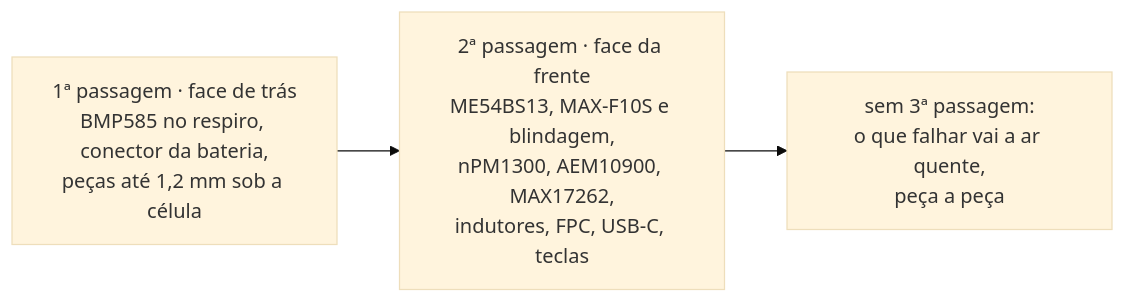
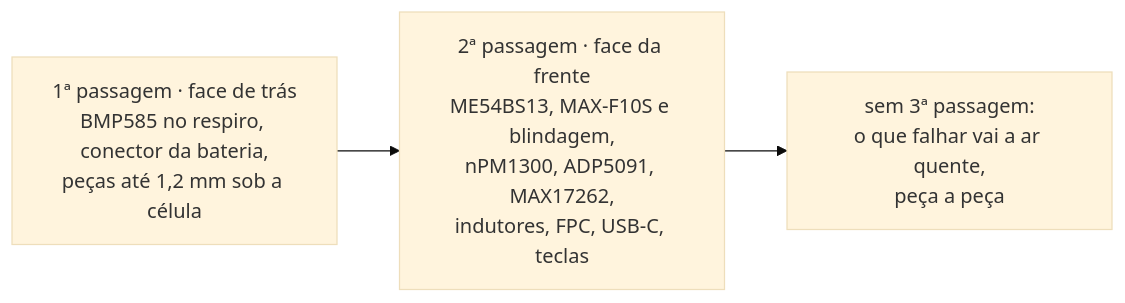
Before and after one commit to Guiimartinho/gnss-bike-computer: the fourth of 4 diagrams in hardware_gnssbike/04-pcb-e-caixa.md, drawn with Mermaid (base theme). The commit also changed other lines of this file and 63 other files, not shown here.

````diff
--- a/hardware_gnssbike/04-pcb-e-caixa.md
+++ b/hardware_gnssbike/04-pcb-e-caixa.md
@@ -920,5 +951,5 @@
 ```mermaid
 flowchart LR
-    P1["1ª passagem · face de trás<br/>BMP585 no respiro, conector da bateria,<br/>peças até 1,2 mm sob a célula"] --> P2["2ª passagem · face da frente<br/>ME54BS13, MAX-F10S e blindagem,<br/>nPM1300, AEM10900, MAX17262,<br/>indutores, FPC, USB-C, teclas"]
+    P1["1ª passagem · face de trás<br/>BMP585 no respiro, conector da bateria,<br/>peças até 1,2 mm sob a célula"] --> P2["2ª passagem · face da frente<br/>ME54BS13, MAX-F10S e blindagem,<br/>nPM1300, ADP5091, MAX17262,<br/>indutores, FPC, USB-C, teclas"]
     P2 --> P3["sem 3ª passagem:<br/>o que falhar vai a ar quente,<br/>peça a peça"]
 ```
````
